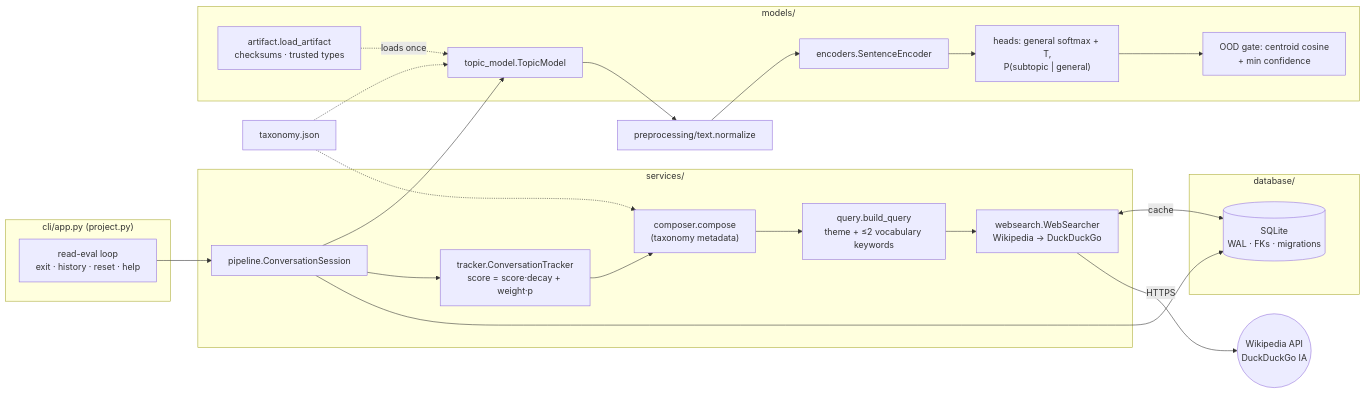
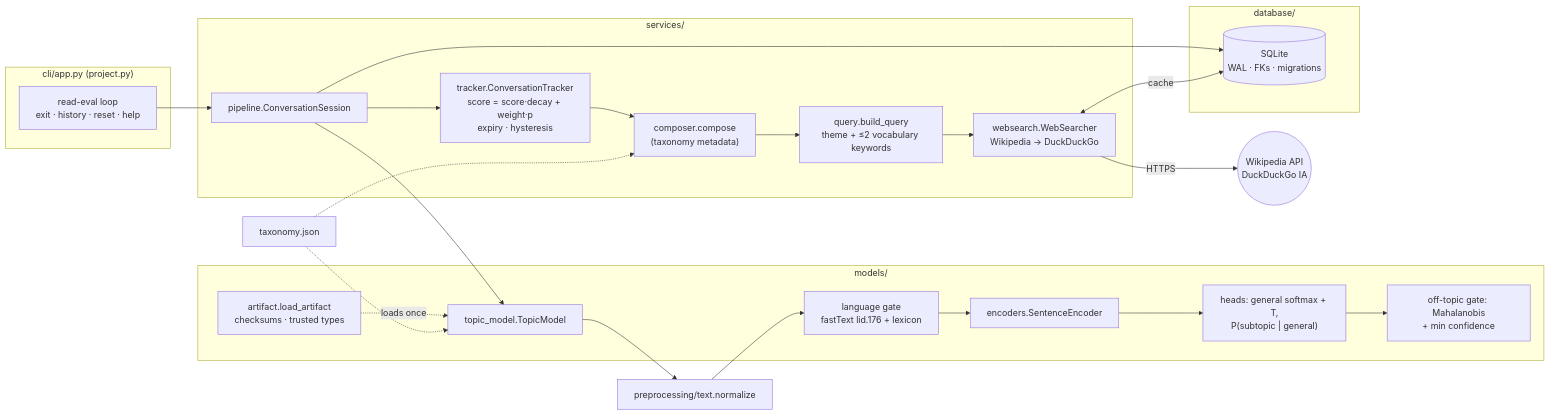
The first of 5 diagrams in docs/architecture.md (Ozgurisikdamar/Cont), drawn with Mermaid before and after one commit. The commit also changed other lines of this file, not shown here.

Commit message:
Docs: architecture for v1.1.0 (language gate, Mahalanobis gate, tracker rules, dev/locked evaluation)

````diff
--- a/docs/architecture.md
+++ b/docs/architecture.md
@@ -11,36 +11,37 @@
 ```mermaid
 flowchart LR
     subgraph CLI["cli/app.py (project.py)"]
         loop["read-eval loop<br/>exit · history · reset · help"]
     end
     subgraph Conversation["services/"]
         pipe["pipeline.ConversationSession"]
-        trk["tracker.ConversationTracker<br/>score = score·decay + weight·p"]
+        trk["tracker.ConversationTracker<br/>score = score·decay + weight·p<br/>expiry · hysteresis"]
         comp["composer.compose<br/>(taxonomy metadata)"]
         qry["query.build_query<br/>theme + ≤2 vocabulary keywords"]
         web["websearch.WebSearcher<br/>Wikipedia → DuckDuckGo"]
     end
     subgraph Model["models/"]
         tm["topic_model.TopicModel"]
         enc["encoders.SentenceEncoder"]
         heads["heads: general softmax + T,<br/>P(subtopic | general)"]
-        ood["OOD gate: centroid cosine<br/>+ min confidence"]
+        lang["language gate<br/>fastText lid.176 + lexicon"]
+        ood["off-topic gate: Mahalanobis<br/>+ min confidence"]
         art["artifact.load_artifact<br/>checksums · trusted types"]
     end
     subgraph Storage["database/"]
         db[("SQLite<br/>WAL · FKs · migrations")]
     end
     pre["preprocessing/text.normalize"]
     tax["taxonomy.json"]
 
     loop --> pipe
     pipe --> tm
-    tm --> pre --> enc --> heads --> ood
+    tm --> pre --> lang --> enc --> heads --> ood
     art -. loads once .-> tm
     pipe --> trk --> comp --> qry --> web
     tax -.-> comp
     tax -.-> tm
     pipe --> db
     web <-->|cache| db
     web -->|HTTPS| internet(("Wikipedia API<br/>DuckDuckGo IA"))
 ```
````
